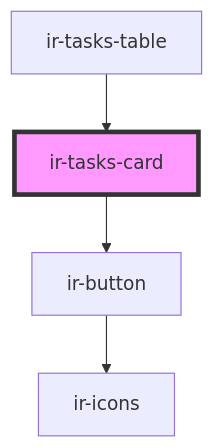
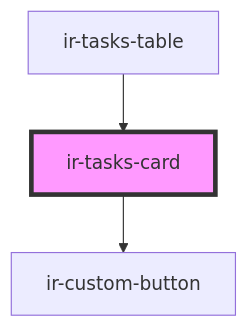
The diagram in src/components/ir-housekeeping/ir-hk-tasks/ir-tasks-table/ir-tasks-card/readme.md (RonyRizk/ir-webcmp), drawn with Mermaid before and after one commit. The commit also changed other lines of this file and 88 other files, not shown here.

````diff
--- a/src/components/ir-housekeeping/ir-hk-tasks/ir-tasks-table/ir-tasks-card/readme.md
+++ b/src/components/ir-housekeeping/ir-hk-tasks/ir-tasks-table/ir-tasks-card/readme.md
@@ -36,7 +37,6 @@
 ```mermaid
 graph TD;
-  ir-tasks-card --> ir-button
-  ir-button --> ir-icons
+  ir-tasks-card --> ir-custom-button
   ir-tasks-table --> ir-tasks-card
   style ir-tasks-card fill:#f9f,stroke:#333,stroke-width:4px
 ```
````
